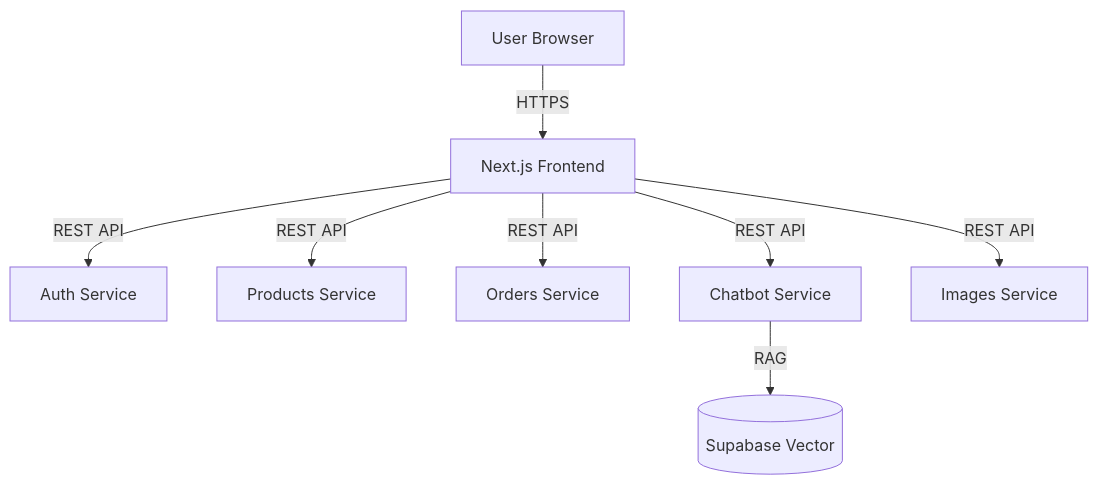
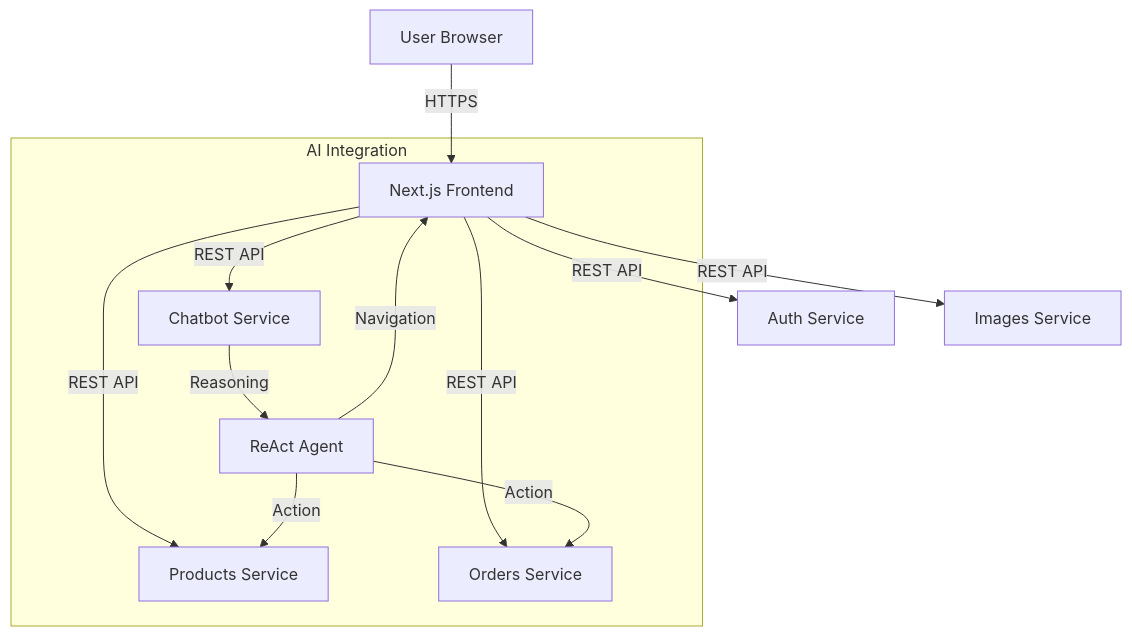
Before and after one commit to ChristianMendozaa/UCB-e-commerce: the diagram in README.md, drawn with Mermaid. The commit also changed other lines of this file and 8 other files, not shown here.

````diff
--- a/README.md
+++ b/README.md
@@ -17,10 +14,16 @@
 ```mermaid
 graph TD
     Client[User Browser] -->|HTTPS| Frontend[Next.js Frontend]
     Frontend -->|REST API| Auth[Auth Service]
     Frontend -->|REST API| Products[Products Service]
     Frontend -->|REST API| Orders[Orders Service]
     Frontend -->|REST API| Chatbot[Chatbot Service]
     Frontend -->|REST API| Images[Images Service]
-    Chatbot -->|RAG| VectorDB[(Supabase Vector)]
+    
+    subgraph "AI Integration"
+        Chatbot -->|Reasoning| Agent[ReAct Agent]
+        Agent -->|Action| Products
+        Agent -->|Action| Orders
+        Agent -->|Navigation| Frontend
+    end
 ```
````
